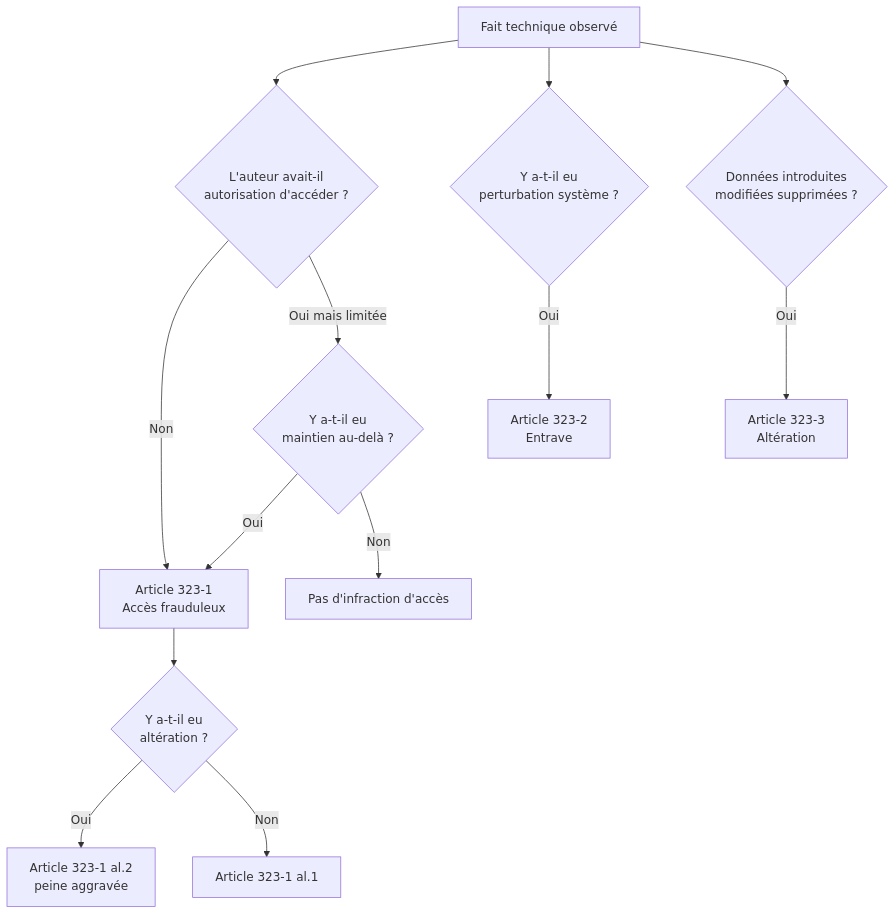
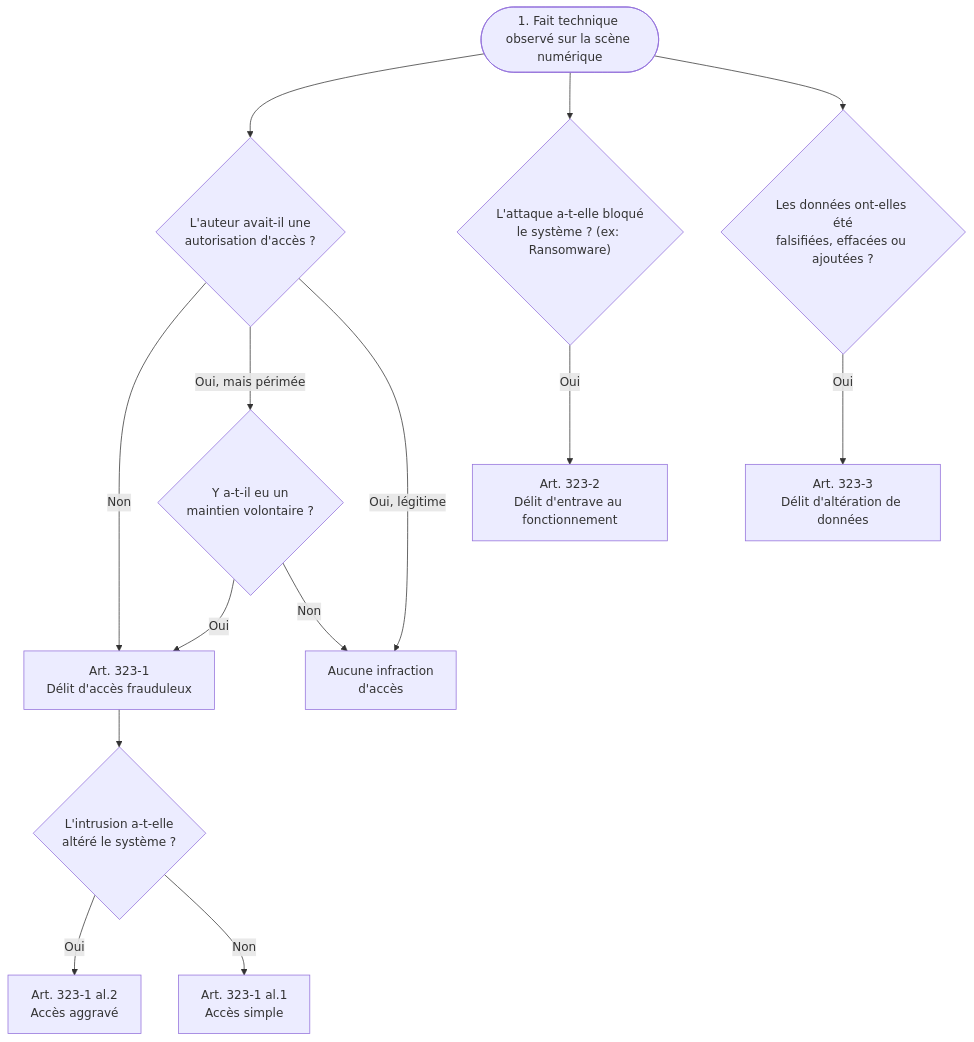
The fifth of 5 diagrams in docs/cursus-forensic/01-cycle-0-fondations/module-1-legislation/02-loi-godfrain.md (zyrass/omnydocs), drawn with Mermaid before and after one commit. The commit also changed other lines of this file and 989 other files, not shown here.

````diff
--- a/docs/cursus-forensic/01-cycle-0-fondations/module-1-legislation/02-loi-godfrain.md
+++ b/docs/cursus-forensic/01-cycle-0-fondations/module-1-legislation/02-loi-godfrain.md
@@ -362,15 +458,25 @@
 ```mermaid
-flowchart TB
-    A[Fait technique observé] --> B{L'auteur avait-il<br>autorisation d'accéder ?}
-    B -->|Non| C[Article 323-1<br>Accès frauduleux]
-    B -->|Oui mais limitée| D{Y a-t-il eu<br>maintien au-delà ?}
-    D -->|Oui| C
-    D -->|Non| E[Pas d'infraction d'accès]
-    C --> F{Y a-t-il eu<br>altération ?}
-    F -->|Oui| G[Article 323-1 al.2<br>peine aggravée]
-    F -->|Non| H[Article 323-1 al.1]
-    A --> I{Y a-t-il eu<br>perturbation système ?}
-    I -->|Oui| J[Article 323-2<br>Entrave]
-    A --> K{Données introduites<br>modifiées supprimées ?}
-    K -->|Oui| L[Article 323-3<br>Altération]
+flowchart TD
+    START(["1. Fait technique observé sur la scène numérique"])
+    
+    %% Arbre d'analyse d'accès
+    START --> Q1{"L'auteur avait-il une<br>autorisation d'accès ?"}
+    
+    Q1 -->|"Non"| ACCES["Art. 323-1<br>Délit d'accès frauduleux"]
+    Q1 -->|"Oui, mais périmée"| MAINTIEN{"Y a-t-il eu un<br>maintien volontaire ?"}
+    Q1 -->|"Oui, légitime"| RIEN["Aucune infraction<br>d'accès"]
+    
+    MAINTIEN -->|"Oui"| ACCES
+    MAINTIEN -->|"Non"| RIEN
+    
+    %% Arbre d'analyse des dommages consécutifs
+    ACCES --> Q2{"L'intrusion a-t-elle<br>altéré le système ?"}
+    Q2 -->|"Oui"| AGGRAV["Art. 323-1 al.2<br>Accès aggravé"]
+    Q2 -->|"Non"| SIMPLE["Art. 323-1 al.1<br>Accès simple"]
+    
+    START --> Q3{"L'attaque a-t-elle bloqué<br>le système ? (ex: Ransomware)"}
+    Q3 -->|"Oui"| ENTRAVE["Art. 323-2<br>Délit d'entrave au fonctionnement"]
+    
+    START --> Q4{"Les données ont-elles été<br>falsifiées, effacées ou ajoutées ?"}
+    Q4 -->|"Oui"| MODIF["Art. 323-3<br>Délit d'altération de données"]
 ```
````
